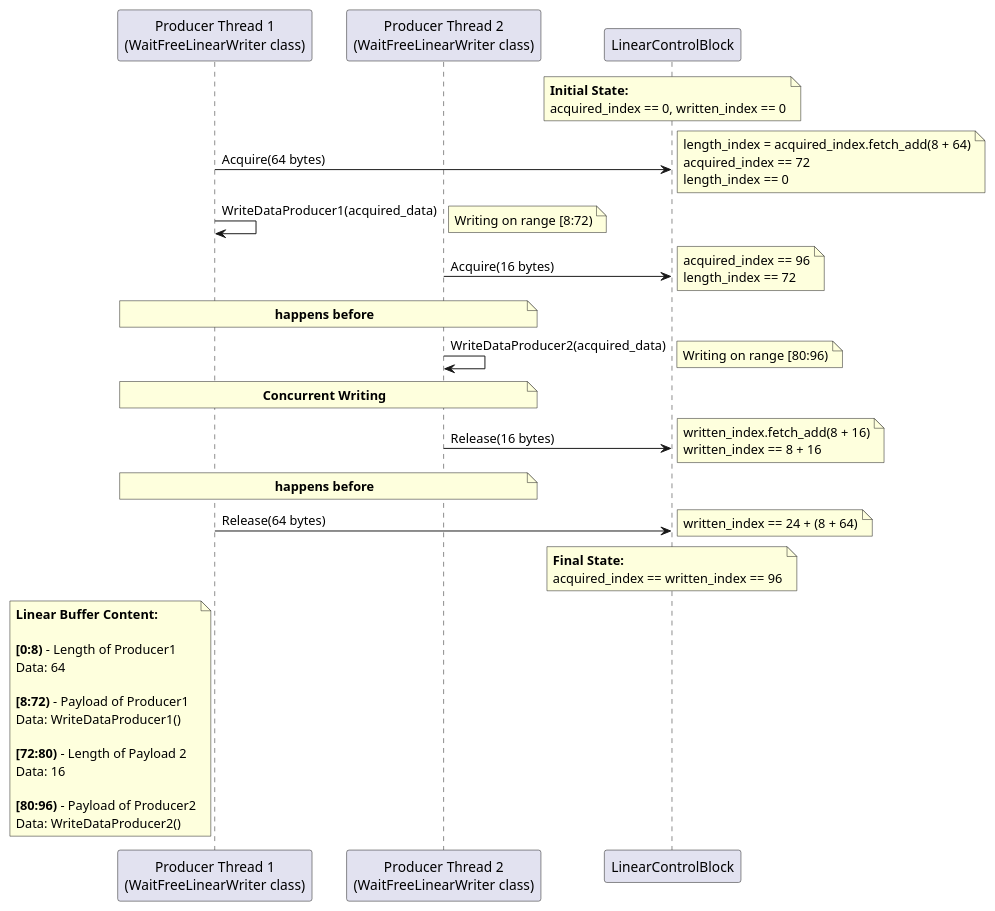
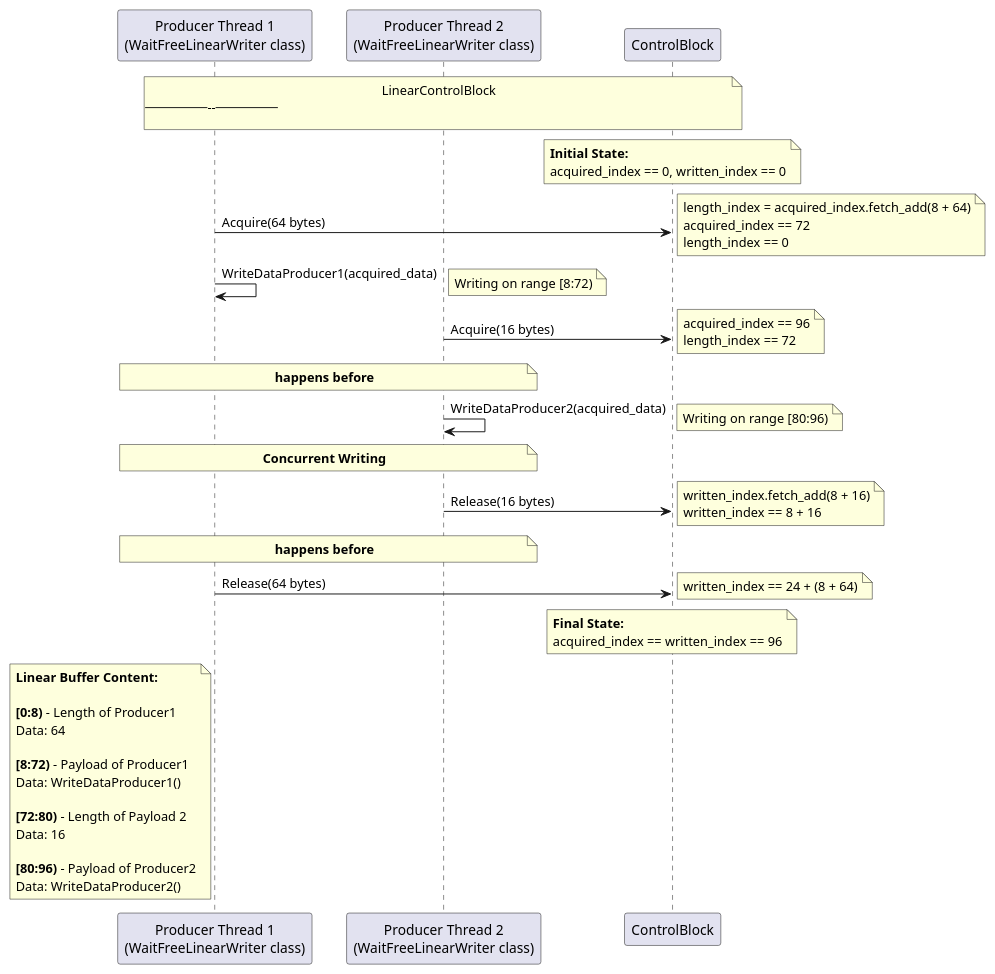
Before and after one commit to eclipse-score/inc_mw_log: the diagram in detail/wait_free_producer_queue/design/wait_free_linear_buffer.puml, drawn with PlantUML. The commit also changed 5 other files, not shown here.

Commit message:
next set of diagrams

```diff
--- a/detail/wait_free_producer_queue/design/wait_free_linear_buffer.puml
+++ b/detail/wait_free_producer_queue/design/wait_free_linear_buffer.puml
@@ -1,69 +1,72 @@
 @startuml wait_free_linear_buffer
+
+note across 
+LinearControlBlock
+------
+endnote
 
 participant "Producer Thread 1\n(WaitFreeLinearWriter class)" as Producer1
 participant "Producer Thread 2\n(WaitFreeLinearWriter class)" as Producer2
-participant "LinearControlBlock" as ControlBlock
-
 note over ControlBlock
   **Initial State:**
   acquired_index == 0, written_index == 0
 end note
 
 Producer1 -> ControlBlock : Acquire(64 bytes)
 note right
   length_index = acquired_index.fetch_add(8 + 64)
   acquired_index == 72
   length_index == 0
 end note
 
 Producer1 -> Producer1 : WriteDataProducer1(acquired_data)
 note right : Writing on range [8:72)
 
 Producer2 -> ControlBlock : Acquire(16 bytes)
 note right
   acquired_index == 96
   length_index == 72
 end note
 
 note over Producer1, Producer2 : **happens before**
 
 Producer2 -> Producer2 : WriteDataProducer2(acquired_data)
 note right : Writing on range [80:96)
 
 note over Producer1, Producer2 : **Concurrent Writing**
 
 Producer2 -> ControlBlock : Release(16 bytes)
 note right
   written_index.fetch_add(8 + 16)
   written_index == 8 + 16
 end note
 
 note over Producer2, Producer1 : **happens before**
 
 Producer1 -> ControlBlock : Release(64 bytes)
 note right
   written_index == 24 + (8 + 64)
 end note
 
 note over ControlBlock
   **Final State:**
   acquired_index == written_index == 96
 end note
 
 note left of Producer1
   **Linear Buffer Content:**
   
   **[0:8)** - Length of Producer1
   Data: 64
   
   **[8:72)** - Payload of Producer1
   Data: WriteDataProducer1()
   
   **[72:80)** - Length of Payload 2
   Data: 16
   
   **[80:96)** - Payload of Producer2
   Data: WriteDataProducer2()
 end note
 
 @enduml
```
